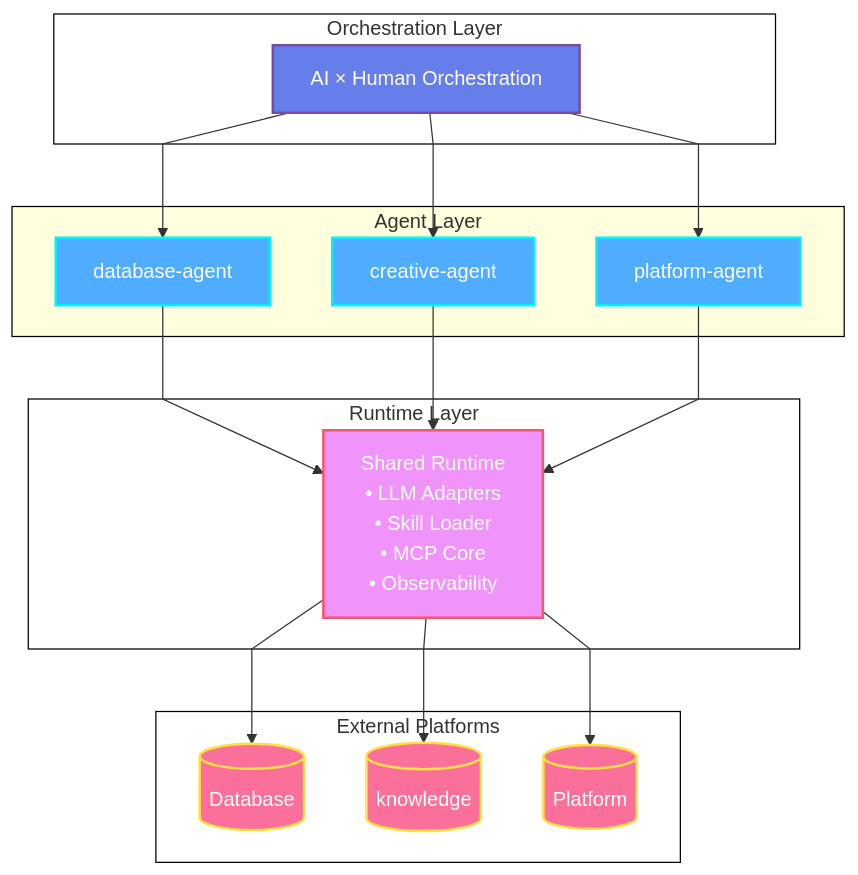
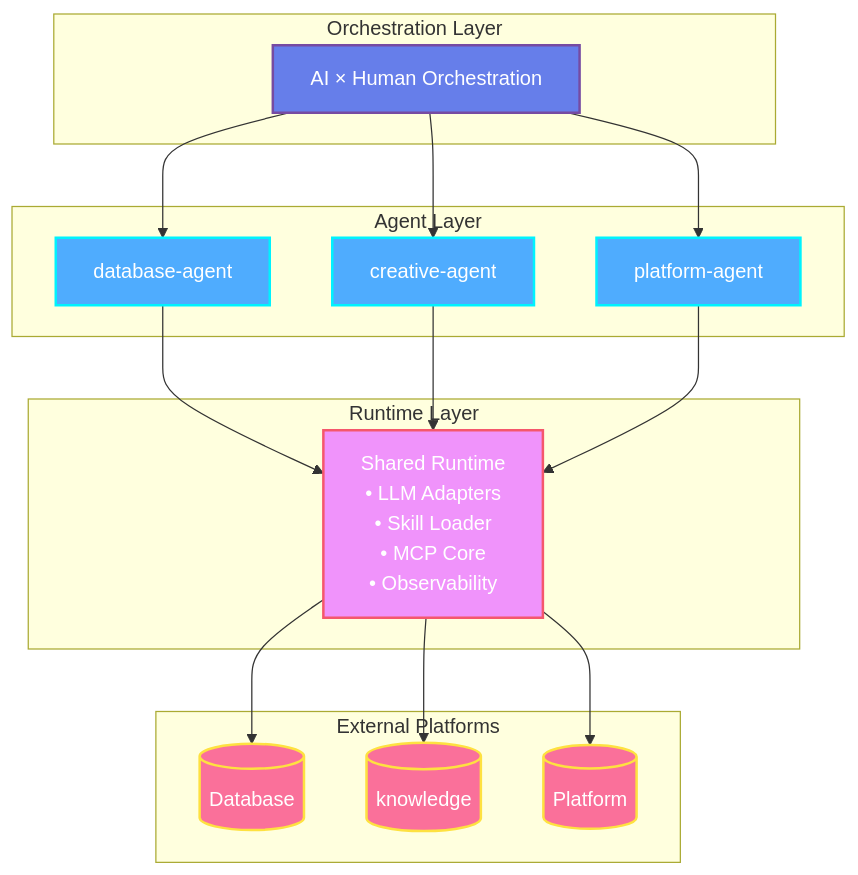
The first of 2 diagrams in README.md (artificial-intelligence-first/aao-skeleton), drawn with Mermaid before and after one commit.

Commit message:
Refactor architecture diagram in README.md

````diff
--- a/README.md
+++ b/README.md
@@ -26,51 +26,45 @@
 ```mermaid
-flowchart TB
- subgraph subGraph0["Orchestration Layer"]
-        Orchestration["AI × Human Orchestration"]
-  end
- subgraph subGraph1["Agent Layer"]
-        Agent1["database-agent"]
-        Agent2["creative-agent"]
-        Agent3["platform-agent"]
-  end
- subgraph subGraph2["Runtime Layer"]
-        Runtime["Shared Runtime<br>• LLM Adapters<br>• Skill Loader<br>• MCP Core<br>• Observability"]
-  end
- subgraph subGraph3["External Platforms"]
-        Platform1[("Database")]
-        Platform2[("knowledge")]
-        Platform3[("Platform")]
-  end
-    Orchestration L_Orchestration_Agent1_0@--> Agent1 & Agent2 & Agent3
-    Agent1 L_Agent1_Runtime_0@--> Runtime
-    Agent2 L_Agent2_Runtime_0@--> Runtime
-    Agent3 L_Agent3_Runtime_0@--> Runtime
-    Runtime L_Runtime_Platform1_0@--> Platform1 & Platform2 & Platform3
+graph TB
 
-     Orchestration:::orchestrationStyle
-     Agent1:::agentStyle
-     Agent2:::agentStyle
-     Agent3:::agentStyle
-     Runtime:::runtimeStyle
-     Platform1:::platformStyle
-     Platform2:::platformStyle
-     Platform3:::platformStyle
+    subgraph "Orchestration Layer"
+        Orchestration[AI × Human Orchestration]
+    end
+
+    subgraph "Agent Layer"
+        Agent1[database-agent]
+        Agent2[creative-agent]
+        Agent3[platform-agent]
+    end
+
+    subgraph "Runtime Layer"
+        Runtime[Shared Runtime<br/>• LLM Adapters<br/>• Skill Loader<br/>• MCP Core<br/>• Observability]
+    end
+
+    subgraph "External Platforms"
+        Platform1[(Database)]
+        Platform2[(knowledge)]
+        Platform3[(Platform)]
+    end
+
+    Orchestration --> Agent1
+    Orchestration --> Agent2
+    Orchestration --> Agent3
+
+    Agent1 --> Runtime
+    Agent2 --> Runtime
+    Agent3 --> Runtime
+
+    Runtime --> Platform1
+    Runtime --> Platform2
+    Runtime --> Platform3
+
     classDef orchestrationStyle fill:#667eea,stroke:#764ba2,stroke-width:2px,color:#fff
     classDef agentStyle fill:#4facfe,stroke:#00f2fe,stroke-width:2px,color:#fff
     classDef runtimeStyle fill:#f093fb,stroke:#f5576c,stroke-width:2px,color:#fff
     classDef platformStyle fill:#fa709a,stroke:#fee140,stroke-width:2px,color:#fff
-    style subGraph2 fill:#FFFFFF,stroke:#000000,color:none
-    style subGraph0 color:none,stroke:#000000,fill:#FFFFFF
-    style subGraph1 stroke:#000000,color:none
-    style subGraph3 stroke:#000000,color:none,fill:#FFFFFF
 
-    L_Orchestration_Agent1_0@{ curve: linear } 
-    L_Orchestration_Agent2_0@{ curve: linear } 
-    L_Orchestration_Agent3_0@{ curve: linear } 
-    L_Agent1_Runtime_0@{ curve: linear } 
-    L_Agent2_Runtime_0@{ curve: linear } 
-    L_Agent3_Runtime_0@{ curve: linear } 
-    L_Runtime_Platform1_0@{ curve: linear } 
-    L_Runtime_Platform2_0@{ curve: linear } 
-    L_Runtime_Platform3_0@{ curve: linear } 
+    class Orchestration orchestrationStyle
+    class Agent1,Agent2,Agent3 agentStyle
+    class Runtime runtimeStyle
+    class Platform1,Platform2,Platform3 platformStyle
 ```
````
